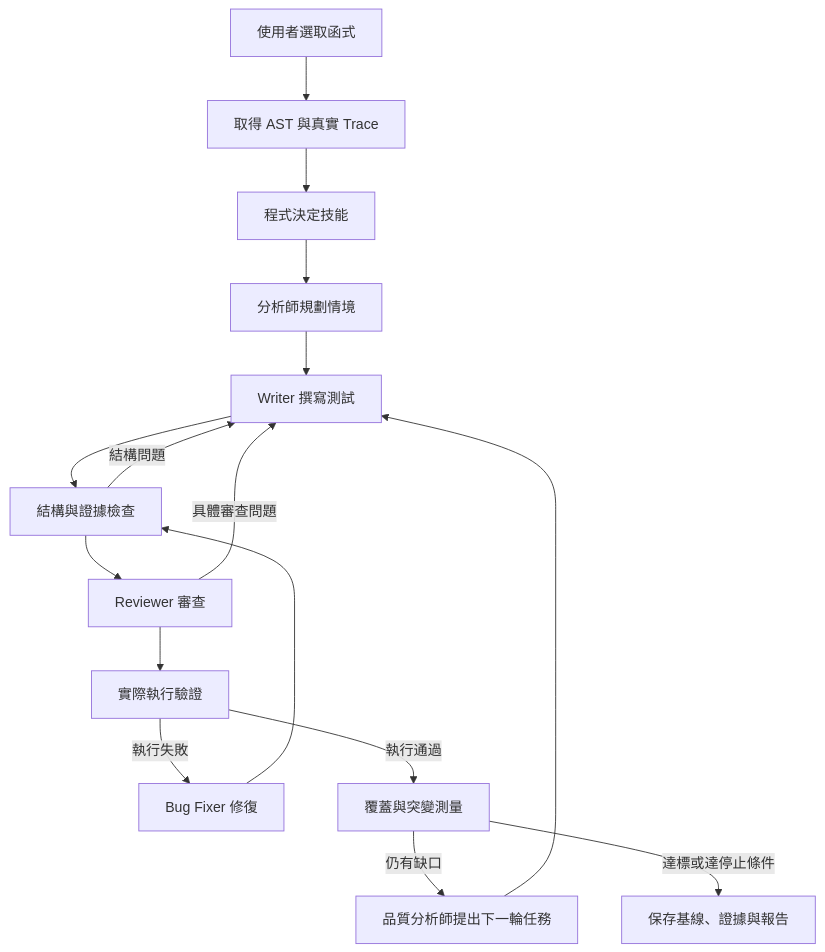
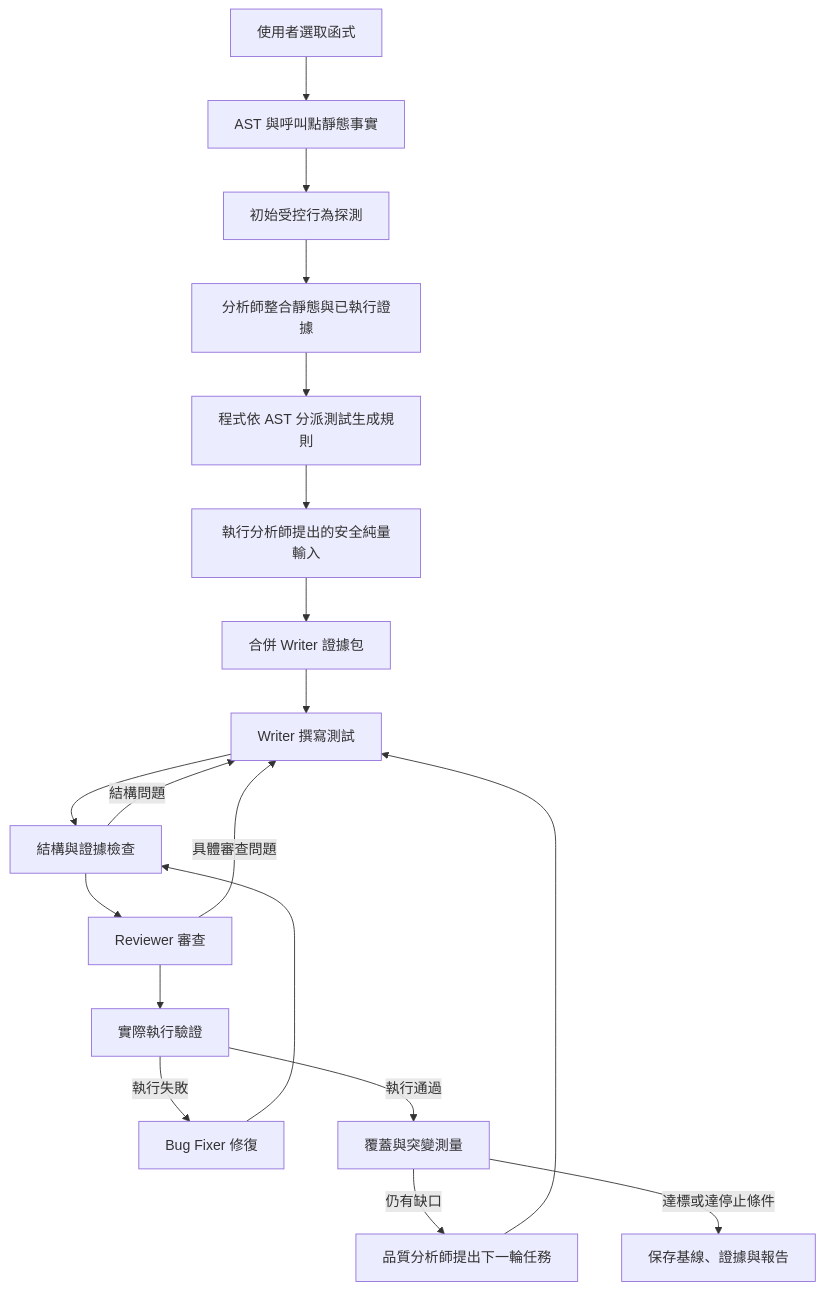
Before and after one commit to Lane921129/vscode_llm_unit_test: the diagram in ARCHITECTURE.md, drawn with Mermaid. The commit also changed other lines of this file and 32 other files, not shown here.

````diff
--- a/ARCHITECTURE.md
+++ b/ARCHITECTURE.md
@@ -15,18 +15,21 @@
 ```mermaid
 flowchart TD
-    UI[使用者選取函式] --> Source[取得 AST 與真實 Trace]
-    Source --> Skills[程式決定技能]
-    Skills --> Analyst[分析師規劃情境]
-    Analyst --> Writer[Writer 撰寫測試]
+    UI[使用者選取函式] --> Static[AST 與呼叫點靜態事實]
+    Static --> InitialProbe[初始受控行為探測]
+    InitialProbe --> Analyst[分析師整合靜態與已執行證據]
+    Analyst --> Rules[程式依 AST 分派測試生成規則]
+    Rules --> SupplementalProbe[執行分析師提出的安全純量輸入]
+    SupplementalProbe --> Bundle[合併 Writer 證據包]
+    Bundle --> Writer[Writer 撰寫測試]
     Writer --> Structure[結構與證據檢查]
     Structure --> Reviewer[Reviewer 審查]
     Reviewer --> Validation[實際執行驗證]
     Reviewer -->|具體審查問題| Writer
     Structure -->|結構問題| Writer
     Validation -->|執行失敗| Fixer[Bug Fixer 修復]
     Fixer --> Structure
     Validation -->|執行通過| Quality[覆蓋與突變測量]
     Quality -->|仍有缺口| QualityAnalyst[品質分析師提出下一輪任務]
     QualityAnalyst --> Writer
     Quality -->|達標或達停止條件| Report[保存基線、證據與報告]
 ```
````
